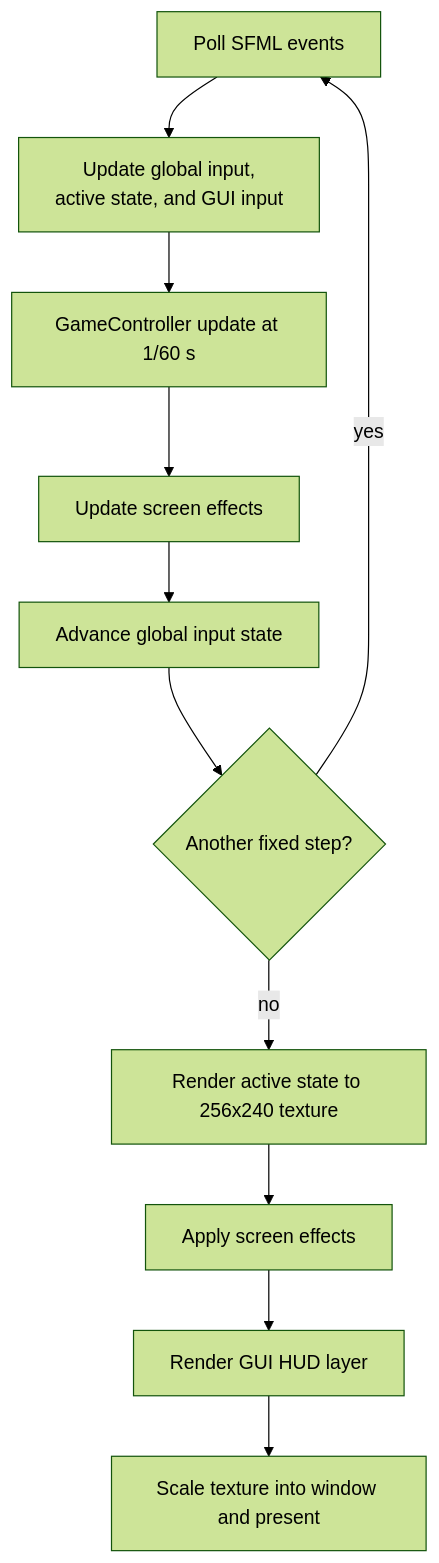
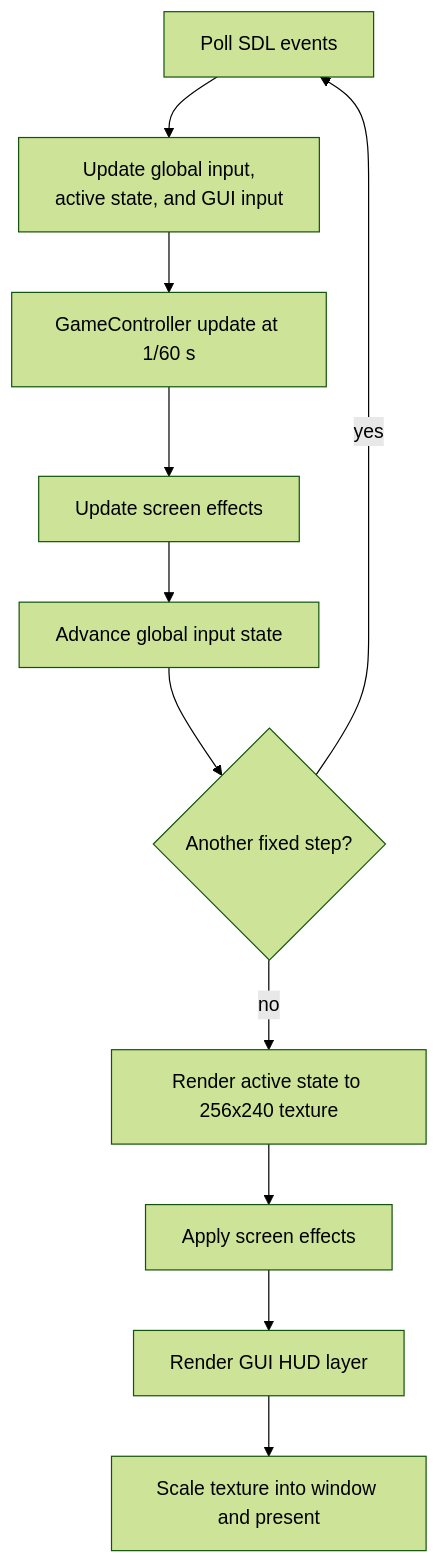
The third of 6 diagrams in docs/architecture.md (ztheh-games/hikari), drawn with Mermaid (forest theme) before and after one commit. The commit also changed other lines of this file and 172 other files, not shown here.

First line of the commit message:
Replace SFML with SDL3 and SDL_gpu

````diff
--- a/docs/architecture.md
+++ b/docs/architecture.md
@@ -135,13 +135,13 @@
 ```mermaid
 flowchart TD
-    Poll[Poll SFML events] --> Dispatch[Update global input,<br/>active state, and GUI input]
+    Poll[Poll SDL events] --> Dispatch[Update global input,<br/>active state, and GUI input]
     Dispatch --> Update[GameController update at 1/60 s]
     Update --> Effects[Update screen effects]
     Effects --> Input[Advance global input state]
     Input --> More{Another fixed step?}
     More -- yes --> Poll
     More -- no --> RenderState[Render active state to 256x240 texture]
     RenderState --> Post[Apply screen effects]
     Post --> HUD[Render GUI HUD layer]
     HUD --> Present[Scale texture into window and present]
 ```
````
